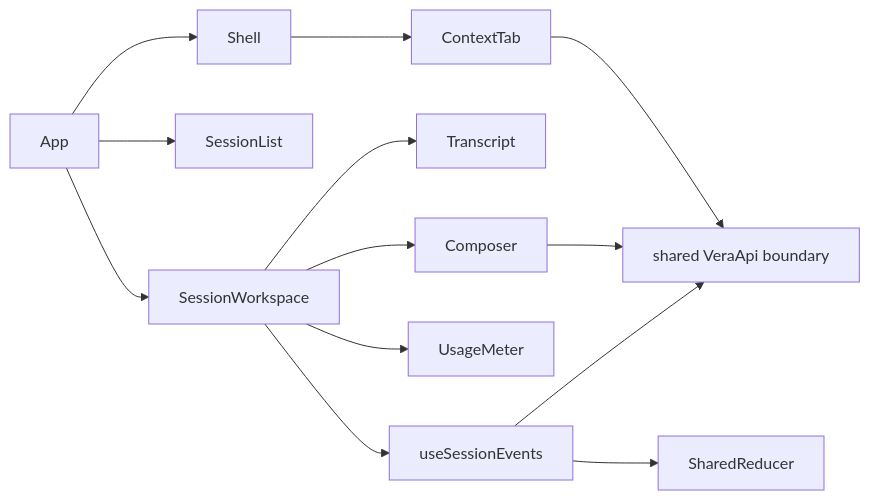
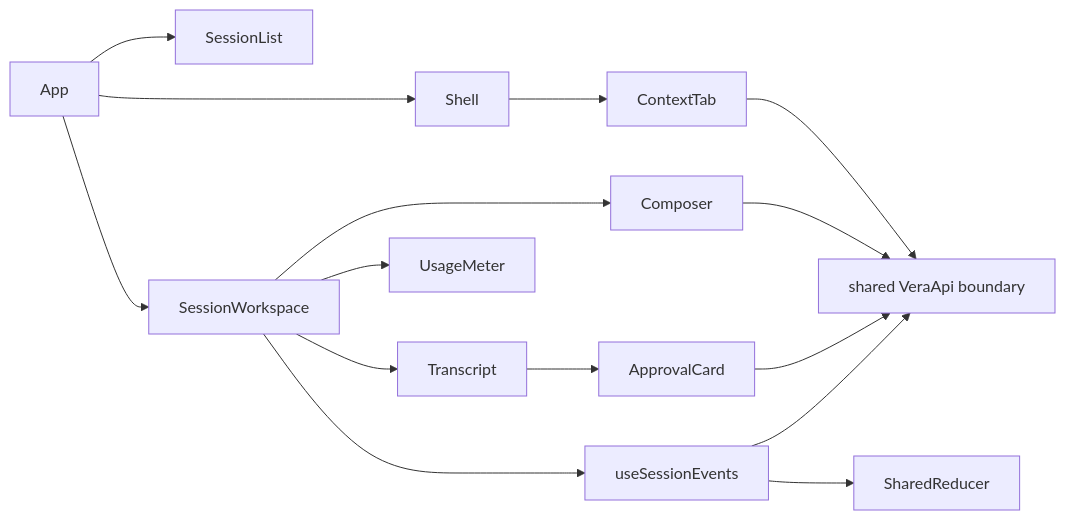
Before and after one commit to DDP-Engineering/2026_Virtual_Embedded_Rig_Assistant: the diagram in .agentic/knowledge/chat-ui.md, drawn with Mermaid. The commit also changed other lines of this file and 55 other files, not shown here.

````diff
--- a/.agentic/knowledge/chat-ui.md
+++ b/.agentic/knowledge/chat-ui.md
@@ -62,15 +65,17 @@
 ```mermaid
 flowchart LR
   App --> Shell
   App --> SessionList
   App --> SessionWorkspace
   SessionWorkspace --> useSessionEvents
   SessionWorkspace --> Transcript
   SessionWorkspace --> Composer
   SessionWorkspace --> UsageMeter
   Shell --> ContextTab
   useSessionEvents --> API[shared VeraApi boundary]
   useSessionEvents --> SharedReducer
+  Transcript --> ApprovalCard
+  ApprovalCard --> API
   Composer --> API
   ContextTab --> API
 ```
````
